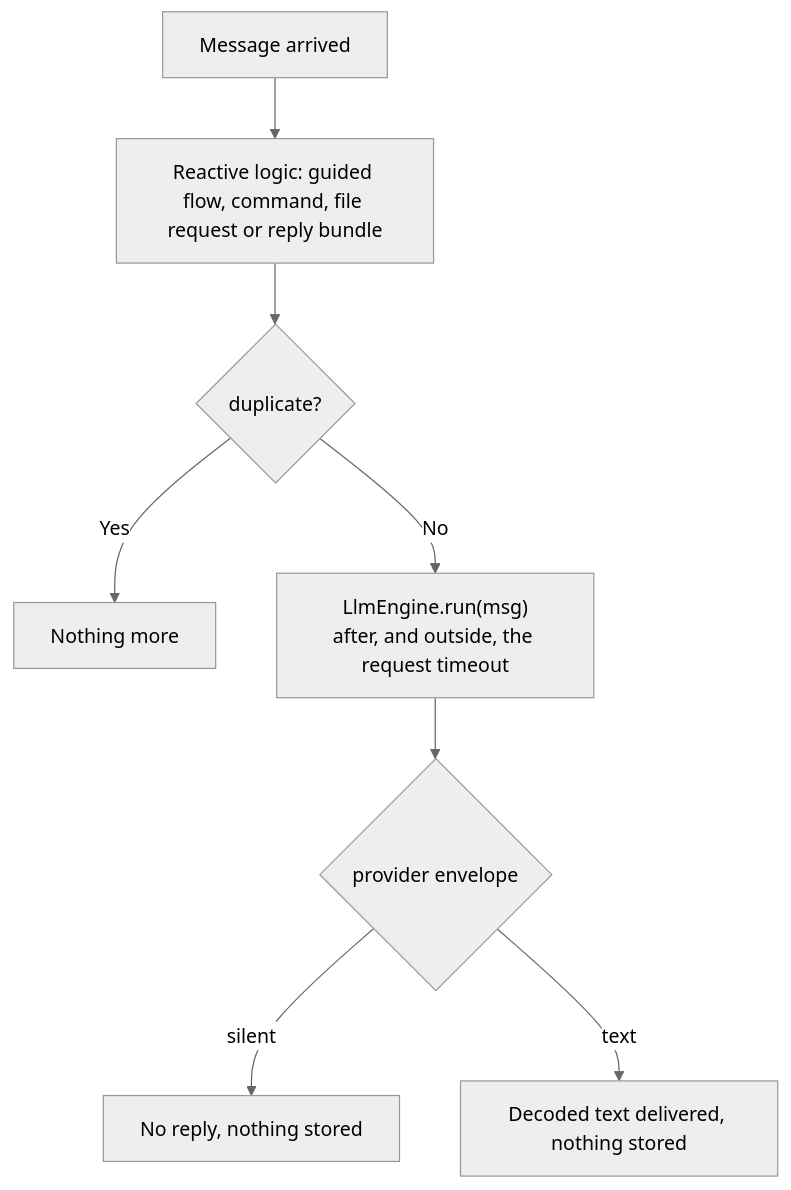
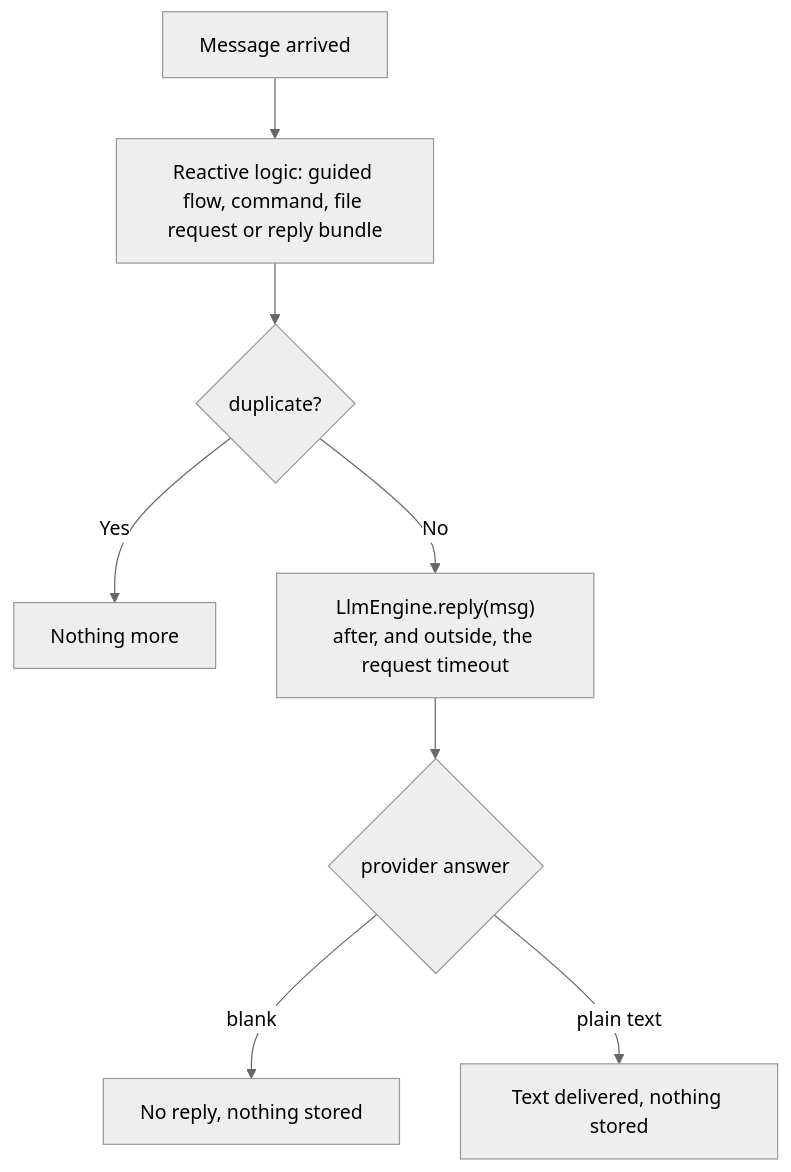
The third of 7 diagrams in docs/bot-logic-overview.md (benkio/sBots), drawn with Mermaid (neutral theme) before and after one commit. The commit also changed other lines of this file and 24 other files, not shown here.

First line of the commit message:
Make LLM replies one-shot plain text

````diff
--- a/docs/bot-logic-overview.md
+++ b/docs/bot-logic-overview.md
@@ -149,10 +149,10 @@
 ```mermaid
 flowchart TD
   A["Message arrived"] --> B["Reactive logic: guided flow, command, file request or reply bundle"]
   B --> C{"duplicate?"}
   C -->|Yes| Z["Nothing more"]
-  C -->|No| D["LlmEngine.run(msg)<br/>after, and outside, the request timeout"]
-  D --> E{"provider envelope"}
-  E -->|silent| F["No reply, nothing stored"]
-  E -->|text| G["Decoded text delivered, nothing stored"]
+  C -->|No| D["LlmEngine.reply(msg)<br/>after, and outside, the request timeout"]
+  D --> E{"provider answer"}
+  E -->|blank| F["No reply, nothing stored"]
+  E -->|plain text| G["Text delivered, nothing stored"]
 ```
````
